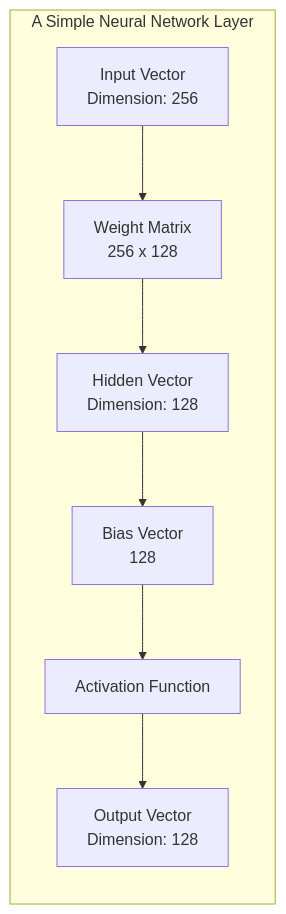
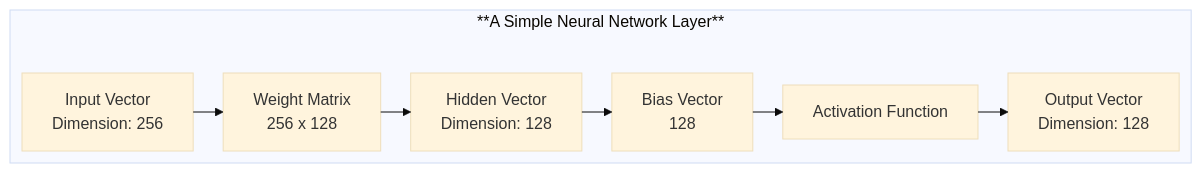
One commit to Vineet-Sharma-Medium-Stories/Medium-Build-Tool changed the fifth of 12 diagrams in The 2026 AI Metromap/The 2026 AI Metromap: Linear Algebra for ML – The Language of the Map.md. Above: the diagram before and after it, drawn with Mermaid. The commit also changed other lines of this file and 37 other files, not shown here.

````diff
--- a/The 2026 AI Metromap/The 2026 AI Metromap: Linear Algebra for ML – The Language of the Map.md
+++ b/The 2026 AI Metromap/The 2026 AI Metromap: Linear Algebra for ML – The Language of the Map.md
@@ -190,10 +210,15 @@
 ```mermaid
+---
+config:
+  theme: base
+  layout: elk
+---
 graph LR
-    subgraph "A Simple Neural Network Layer"
+    subgraph "**A Simple Neural Network Layer**"
         X[Input Vector<br/>Dimension: 256] --> W[Weight Matrix<br/>256 x 128]
         W --> H[Hidden Vector<br/>Dimension: 128]
         H --> B[Bias Vector<br/>128]
         B --> A[Activation Function]
         A --> O[Output Vector<br/>Dimension: 128]
     end
 ```
````
